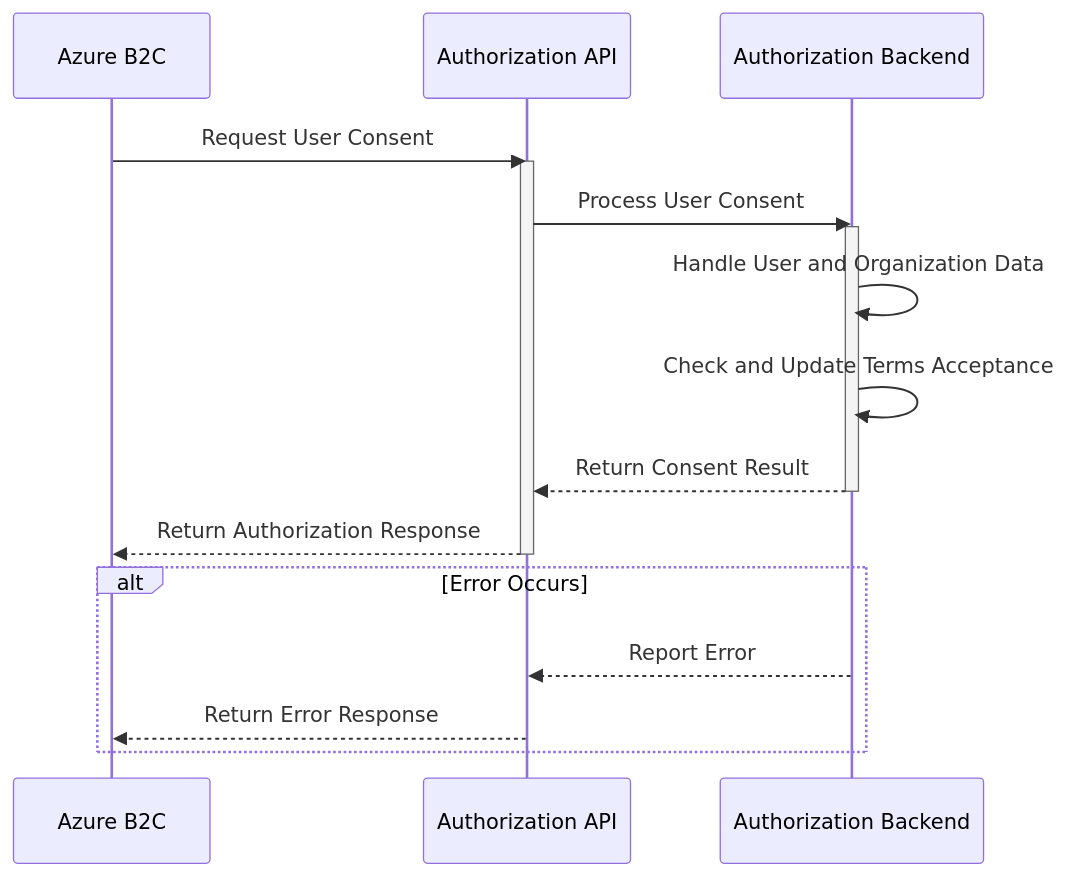
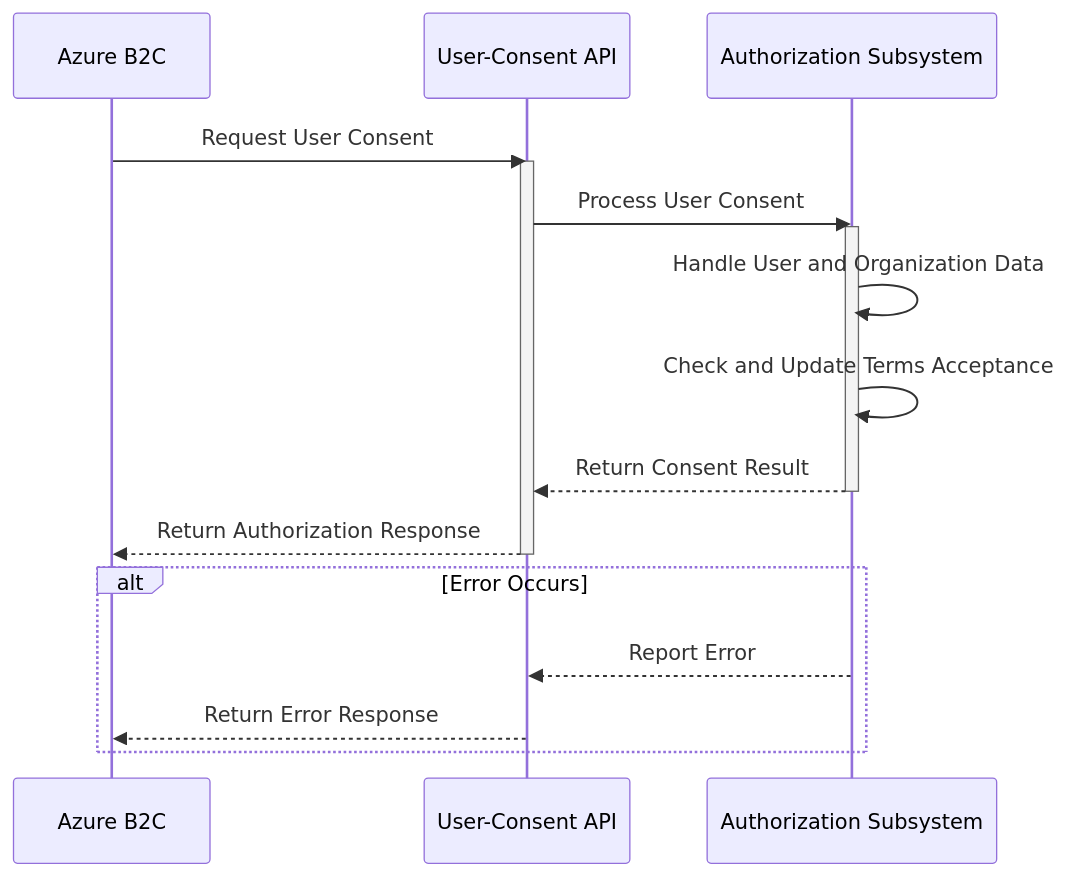
The seventh of 8 diagrams in doc/architecture/domains/authorization.md (Energinet-DataHub/energy-origin), drawn with Mermaid before and after one commit. The commit also changed other lines of this file, not shown here.

Commit message:
add delete consent documentation as well

````diff
--- a/doc/architecture/domains/authorization.md
+++ b/doc/architecture/domains/authorization.md
@@ -234,27 +234,27 @@
 ```mermaid
 sequenceDiagram
     participant B2C as Azure B2C
-    participant API as Authorization API
-    participant Backend as Authorization Backend
+    participant API as User-Consent API
+    participant Backend as Authorization Subsystem
 
     B2C->>API: Request User Consent
     activate API
 
     API->>Backend: Process User Consent
     activate Backend
 
     Backend->>Backend: Handle User and Organization Data
 
     Backend->>Backend: Check and Update Terms Acceptance
 
     Backend-->>API: Return Consent Result
     deactivate Backend
 
     API-->>B2C: Return Authorization Response
     deactivate API
 
     alt Error Occurs
         Backend-->>API: Report Error
         API-->>B2C: Return Error Response
     end
 ```
````
